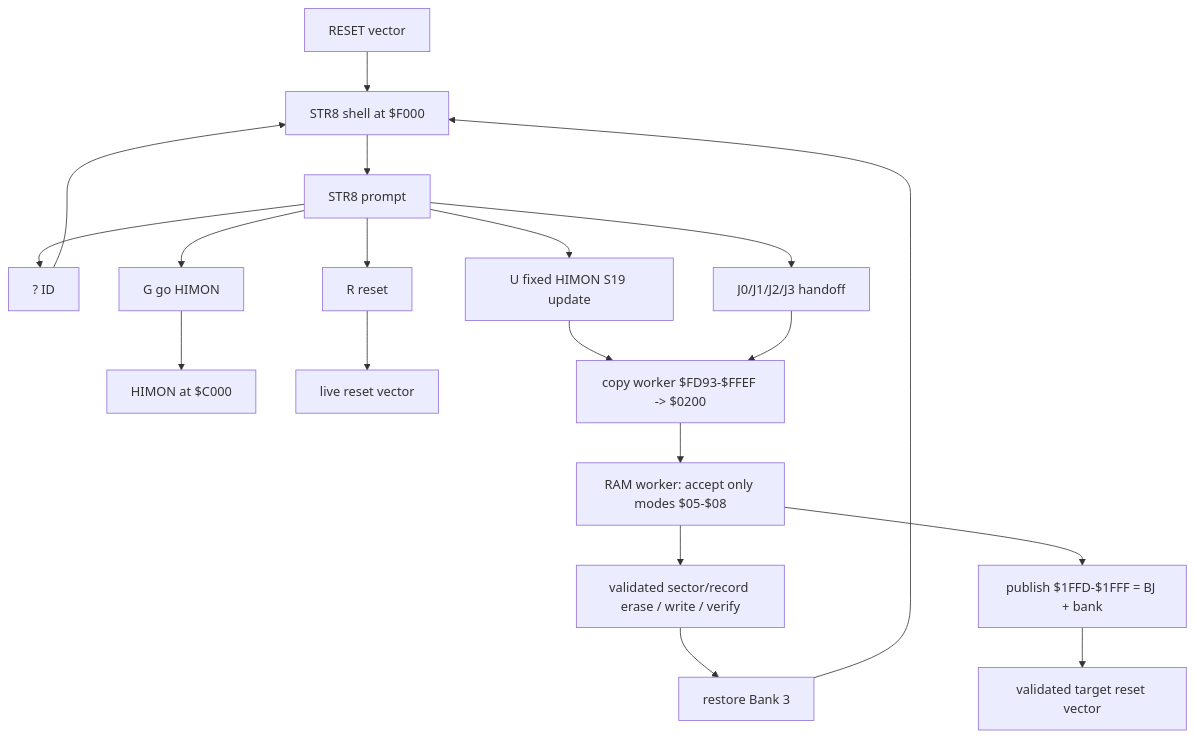
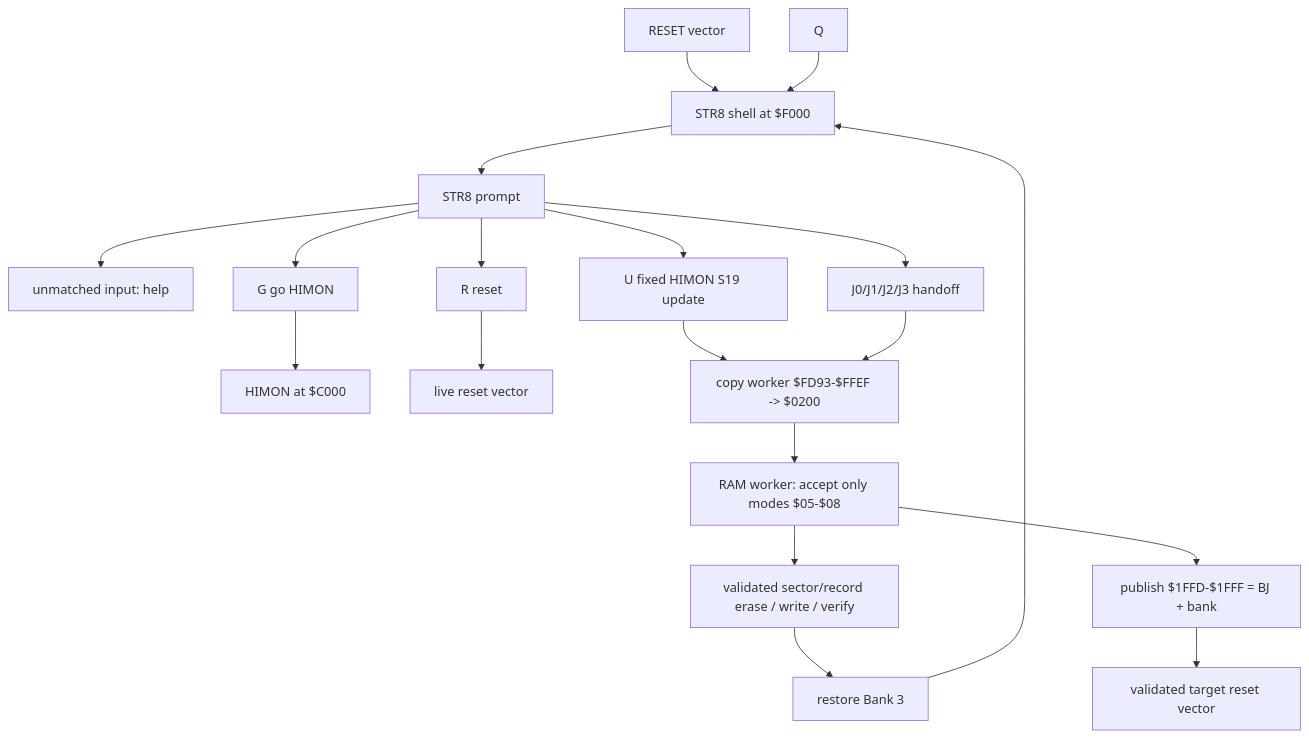
The fifth of 6 diagrams in DOC/GUIDES/STR8/STR8.md (95westus/R-YORS), drawn with Mermaid before and after one commit. The commit also changed other lines of this file and 40 other files, not shown here.

````diff
--- a/DOC/GUIDES/STR8/STR8.md
+++ b/DOC/GUIDES/STR8/STR8.md
@@ -704,25 +708,25 @@
 ```mermaid
 flowchart TD
     RESET[RESET vector] --> STR8[STR8 shell at $F000]
     STR8 --> PROMPT[STR8 prompt]
 
-    PROMPT --> Q[? ID]
+    PROMPT --> BAD[unmatched input: help]
     PROMPT --> U[U fixed HIMON S19 update]
     PROMPT --> J[J0/J1/J2/J3 handoff]
     PROMPT --> G[G go HIMON]
     PROMPT --> R[R reset]
 
     G --> HIMON[HIMON at $C000]
     R --> RESETV[live reset vector]
 
     U --> COPY[copy worker $FD93-$FFEF -> $0200]
     J --> COPY
     COPY --> WORKER[RAM worker: accept only modes $05-$08]
     WORKER --> FLASH[validated sector/record erase / write / verify]
     FLASH --> BANK3[restore Bank 3]
     BANK3 --> STR8
     WORKER --> BJR[publish $1FFD-$1FFF = BJ + bank]
     BJR --> GUEST[validated target reset vector]
 
     Q --> STR8
 ```
````
